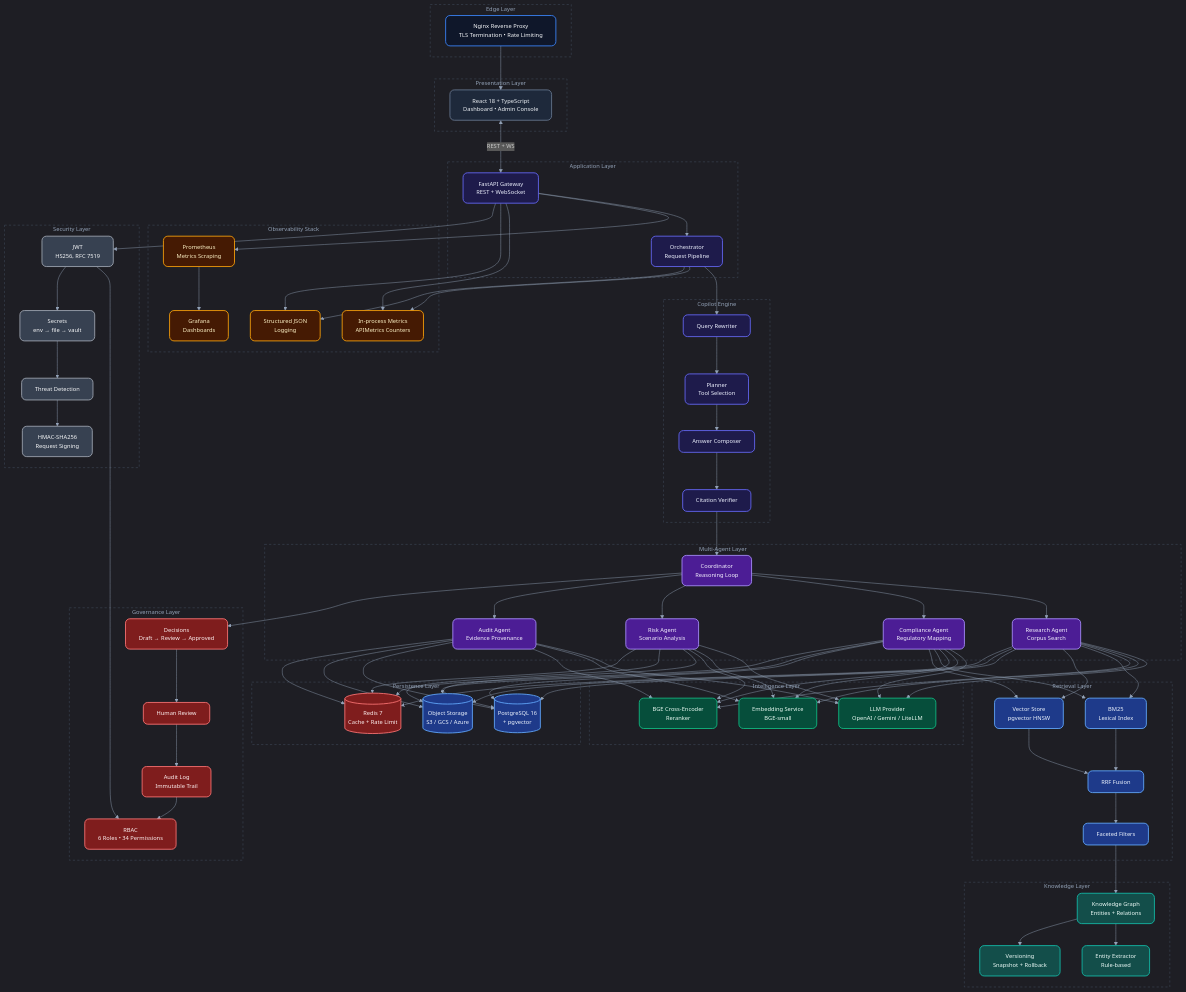
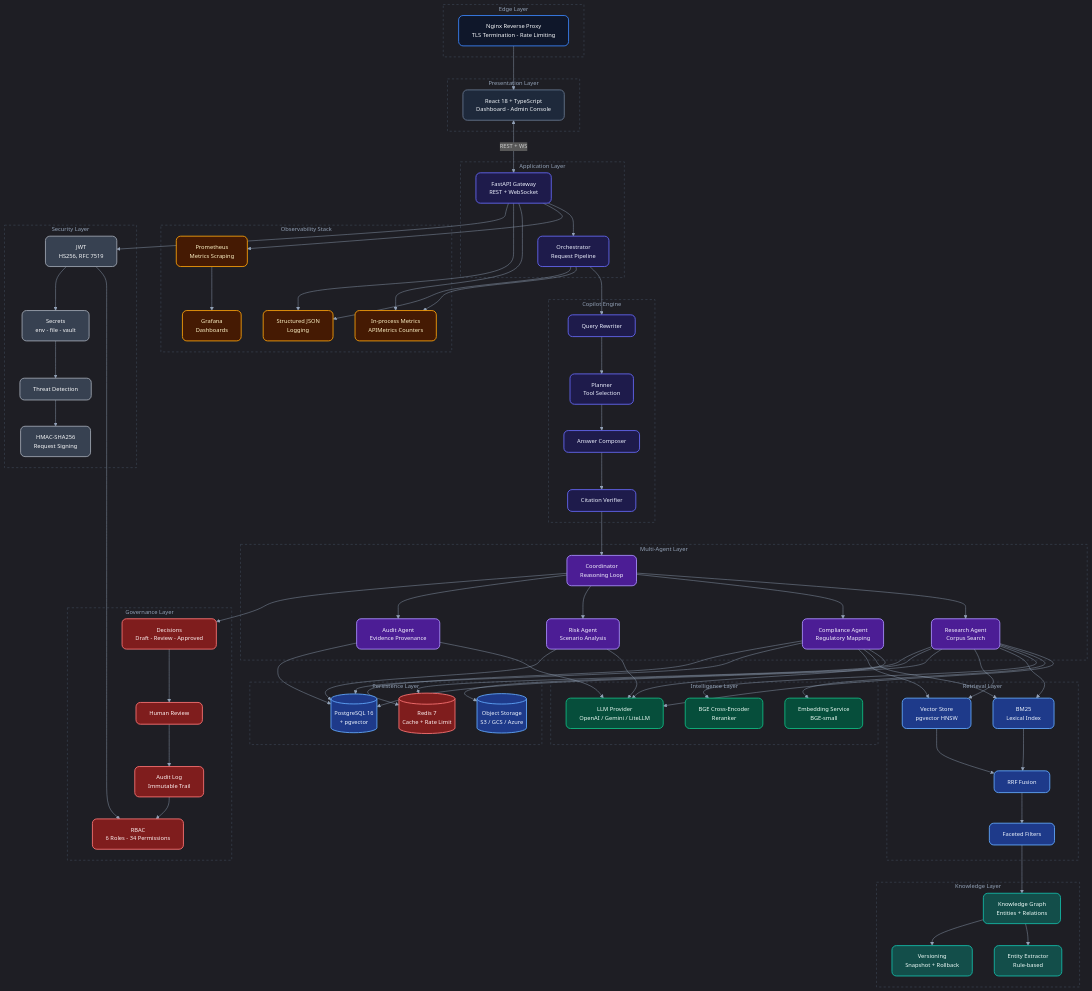
One commit to VIVEK-MARRI/RegIntel-AI changed the first of 3 diagrams in README.md. Above: the diagram before and after it, drawn with Mermaid. The commit also changed other lines of this file, not shown here.

Commit message:
fix(diagrams): clean up Mermaid architecture diagrams for clarity
- Replace dense & parallel connections with explicit individual edges

- Add titleColor to themeVariables for subgraph label styling

- Remove dead color property from cluster classDef

- Replace Unicode bullets/arrows with ASCII dashes

- Fix JWT/RBAC participant name for better rendering

````diff
--- a/README.md
+++ b/README.md
@@ -132,5 +132,5 @@
 ```mermaid
-%%{init: {'theme':'dark','themeVariables':{'primaryColor':'#1f2937','primaryTextColor':'#f9fafb','primaryBorderColor':'#6366f1','lineColor':'#94a3b8','fontSize':'13px','fontFamily':'Inter, system-ui, sans-serif'}}}%%
+%%{init: {'theme':'dark','themeVariables':{'primaryColor':'#1f2937','primaryTextColor':'#f9fafb','primaryBorderColor':'#6366f1','lineColor':'#94a3b8','titleColor':'#94A3B8','fontSize':'13px','fontFamily':'Inter, system-ui, sans-serif'}}}%%
 flowchart TB
     classDef edge fill:#0F172A,stroke:#3B82F6,stroke-width:2px,color:#F8FAFC,rx:10,ry:10
     classDef ui fill:#1E293B,stroke:#64748B,stroke-width:2px,color:#F1F5F9,rx:10,ry:10
@@ -144,14 +144,14 @@
     classDef cache fill:#7F1D1D,stroke:#F87171,stroke-width:2px,color:#FEF2F2,rx:10,ry:10
     classDef obs fill:#451A03,stroke:#F59E0B,stroke-width:2px,color:#FEF3C7,rx:10,ry:10
     classDef sec fill:#374151,stroke:#9CA3AF,stroke-width:2px,color:#F9FAFB,rx:10,ry:10
-    classDef cluster fill:none,stroke:#475569,stroke-width:1px,stroke-dasharray:5 5,color:#94A3B8
+    classDef cluster fill:none,stroke:#475569,stroke-width:1px,stroke-dasharray:5 5
 
     subgraph EdgeLayer["Edge Layer"]
-        NG["Nginx Reverse Proxy<br/>TLS Termination • Rate Limiting"]:::edge
+        NG["Nginx Reverse Proxy<br/>TLS Termination - Rate Limiting"]:::edge
     end
 
     subgraph PresentationLayer["Presentation Layer"]
-        UI["React 18 + TypeScript<br/>Dashboard • Admin Console"]:::ui
+        UI["React 18 + TypeScript<br/>Dashboard - Admin Console"]:::ui
     end
 
     subgraph ApplicationLayer["Application Layer"]
@@ -194,10 +194,10 @@
     end
 
     subgraph GovernanceLayer["Governance Layer"]
-        DECISIONS["Decisions<br/>Draft → Review → Approved"]:::gov
+        DECISIONS["Decisions<br/>Draft - Review - Approved"]:::gov
         REVIEW["Human Review"]:::gov
         AUDIT_LOG["Audit Log<br/>Immutable Trail"]:::gov
-        RBAC["RBAC<br/>6 Roles • 34 Permissions"]:::gov
+        RBAC["RBAC<br/>6 Roles - 34 Permissions"]:::gov
     end
 
     subgraph DataLayer["Persistence Layer"]
@@ -215,12 +215,12 @@
 
     subgraph SecurityLayer["Security Layer"]
         JWT["JWT<br/>HS256, RFC 7519"]:::sec
-        SECRETS["Secrets<br/>env → file → vault"]:::sec
+        SECRETS["Secrets<br/>env - file - vault"]:::sec
         THREAT["Threat Detection"]:::sec
         SIGNING["HMAC-SHA256<br/>Request Signing"]:::sec
     end
 
-    %% Cross-layer connections
+    %% Presentation flow
     NG --> UI
     UI <-->|REST + WS| API
     API --> ORCH
@@ -229,22 +229,57 @@
     PLANNER --> COMPOSER
     COMPOSER --> VERIFIER
     VERIFIER --> COORD
-    COORD --> RESEARCH & COMPLIANCE & RISK & AUDIT
-    RESEARCH & COMPLIANCE & RISK & AUDIT --> LLM & EMBED & RERANK
-    RESEARCH & COMPLIANCE --> BM25 & VECTOR
-    BM25 & VECTOR --> FUSION
+
+    %% Coordinator delegates to specialist agents
+    COORD --> RESEARCH
+    COORD --> COMPLIANCE
+    COORD --> RISK
+    COORD --> AUDIT
+
+    %% Agents use intelligence services
+    RESEARCH --> LLM
+    RESEARCH --> EMBED
+    RESEARCH --> RERANK
+    COMPLIANCE --> LLM
+    RISK --> LLM
+    AUDIT --> LLM
+
+    %% Retrieval pipeline
+    RESEARCH --> BM25
+    RESEARCH --> VECTOR
+    COMPLIANCE --> BM25
+    COMPLIANCE --> VECTOR
+    BM25 --> FUSION
+    VECTOR --> FUSION
     FUSION --> FILTERS
     FILTERS --> KG
-    KG --> EXTRACT & VERSION
+    KG --> EXTRACT
+    KG --> VERSION
+
+    %% Governance flow
     COORD --> DECISIONS
     DECISIONS --> REVIEW
     REVIEW --> AUDIT_LOG
     AUDIT_LOG --> RBAC
-    RESEARCH & COMPLIANCE & RISK & AUDIT --> PG & BLOB
-    RESEARCH & COMPLIANCE & RISK & AUDIT --> CACHE
+
+    %% Data layer access
+    RESEARCH --> PG
+    RESEARCH --> BLOB
+    COMPLIANCE --> PG
+    RISK --> PG
+    AUDIT --> PG
+    RESEARCH --> CACHE
+    COMPLIANCE --> CACHE
+
+    %% Observability
     API --> PROM
     PROM --> GRAF
-    API & ORCH --> METRICS & LOGS
+    API --> METRICS
+    ORCH --> METRICS
+    API --> LOGS
+    ORCH --> LOGS
+
+    %% Security layer
     API --> JWT
     JWT --> RBAC
     JWT --> SECRETS
````
